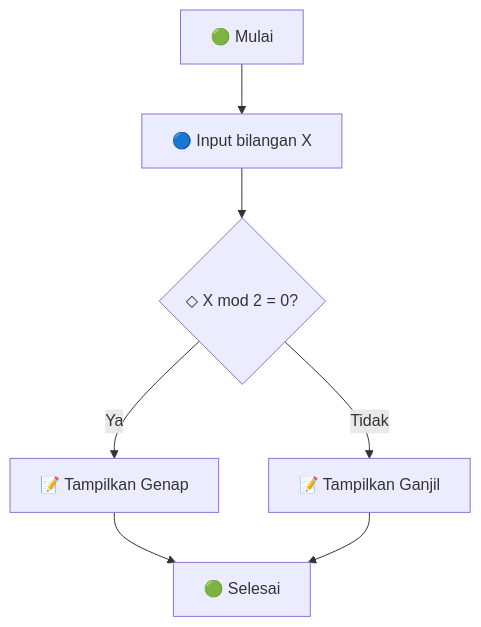
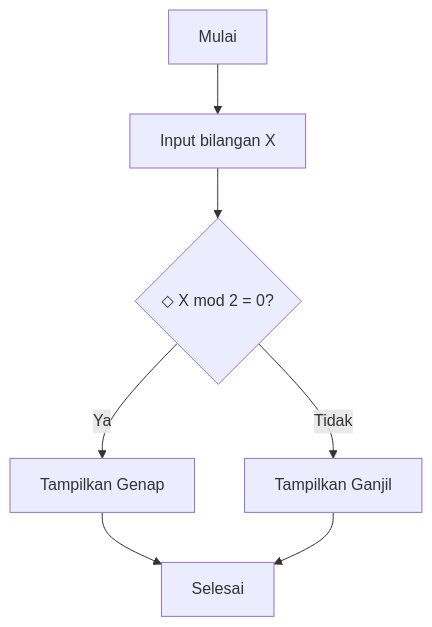
The second of 7 diagrams in Semester 1 2025/10 RPL D.Kej 2/08. flowchart.md (Elka1106/Kartika), drawn with Mermaid before and after one commit. The commit also changed other lines of this file, not shown here.

Commit message:
Update 08. flowchart.md

````diff
--- a/Semester 1 2025/10 RPL D.Kej 2/08. flowchart.md
+++ b/Semester 1 2025/10 RPL D.Kej 2/08. flowchart.md
@@ -46,9 +46,9 @@
 ```mermaid
 graph TD
-    A[🟢 Mulai] --> B[🔵 Input bilangan X]
+    A[ Mulai] --> B[ Input bilangan X]
     B --> C{◇ X mod 2 = 0?}
-    C -->|Ya| D[📝 Tampilkan Genap]
-    C -->|Tidak| E[📝 Tampilkan Ganjil]
-    D --> F[🟢 Selesai]
+    C -->|Ya| D[ Tampilkan Genap]
+    C -->|Tidak| E[ Tampilkan Ganjil]
+    D --> F[ Selesai]
     E --> F
 ```
````
